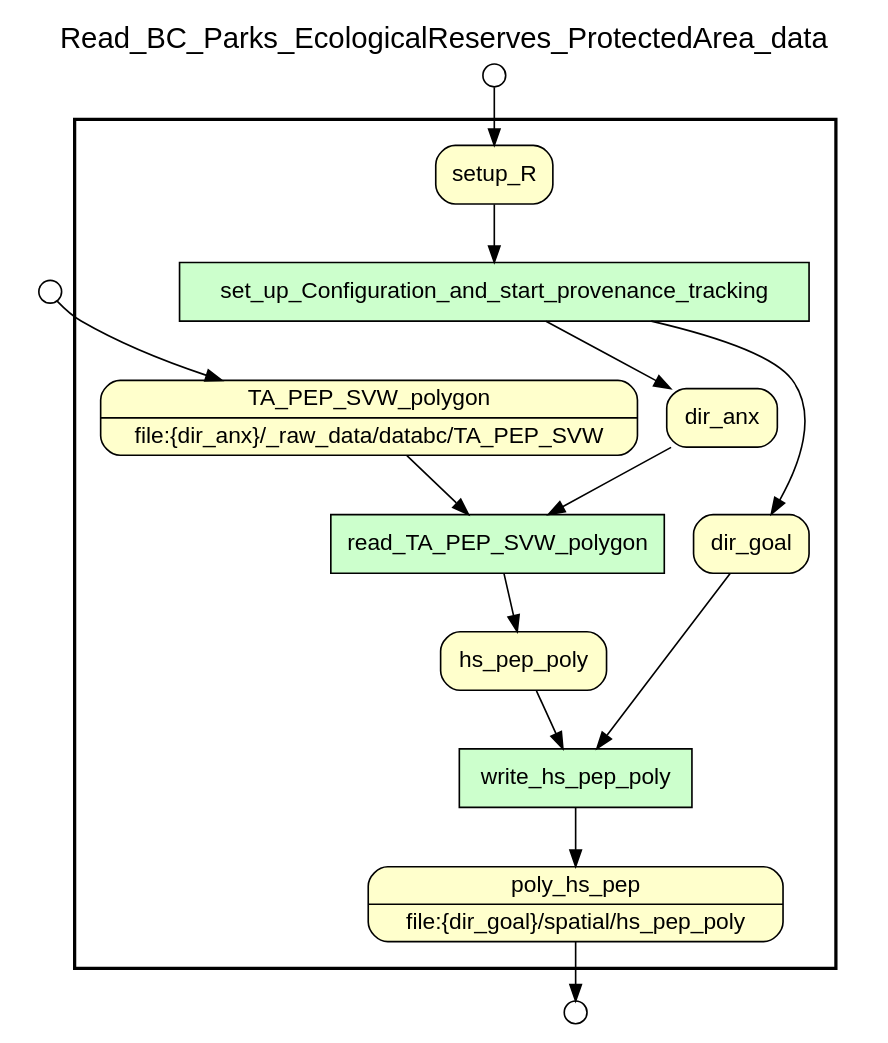
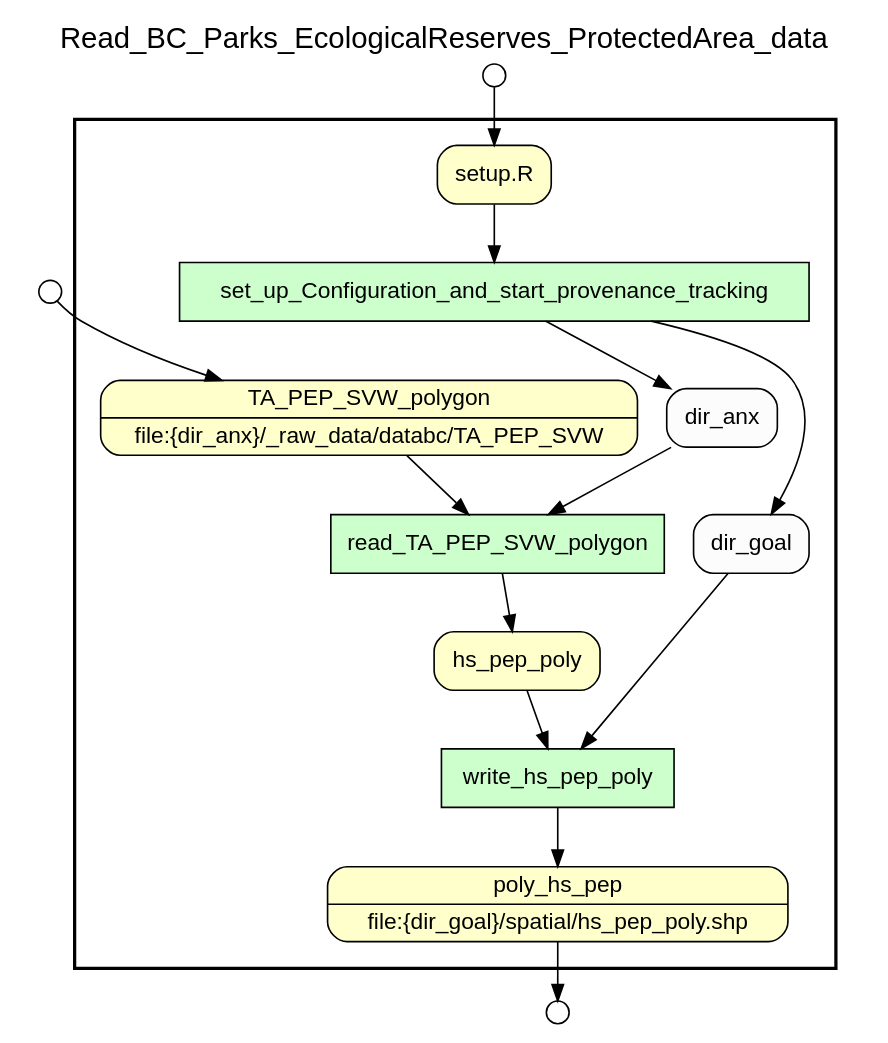
One commit to sycao5/runManager-multipleRuns changed the diagram in examples/OHIBC_Howe_Sound/setup_BC_PEP_polygons.gv. Above: the diagram before and after it, drawn with Graphviz. The commit also changed other lines of this file and 11 other files, not shown here.

Commit message:
Improve the YW graphs

```diff
--- a/examples/OHIBC_Howe_Sound/setup_BC_PEP_polygons.gv
+++ b/examples/OHIBC_Howe_Sound/setup_BC_PEP_polygons.gv
@@ -1,73 +1,73 @@
 
 /* Start of top-level graph */
 digraph Workflow {
 rankdir=TB
 
 /* Title for graph */
 fontname=Helvetica; fontsize=18; labelloc=t
 label=Read_BC_Parks_EcologicalReserves_ProtectedArea_data
 
 /* Start of double cluster for drawing box around nodes in workflow */
 subgraph cluster_workflow_box_outer { label=""; color=black; penwidth=2
 subgraph cluster_workflow_box_inner { label=""; penwidth=0
 
 /* Style for nodes representing atomic programs in workflow */
 node[shape=box style=filled fillcolor="#CCFFCC" peripheries=1 fontname=Helvetica]
 
 /* Nodes representing atomic programs in workflow */
 set_up_Configuration_and_start_provenance_tracking
 read_TA_PEP_SVW_polygon
 write_hs_pep_poly
 
 /* Style for nodes representing non-parameter data channels in workflow */
 node[shape=box style="rounded,filled" fillcolor="#FFFFCC" peripheries=1 fontname=Helvetica]
 
 /* Nodes for non-parameter data channels in workflow */
-poly_hs_pep [shape=record rankdir=LR label="{<f0> poly_hs_pep |<f1> file\:\{dir_goal\}/spatial/hs_pep_poly}"];
-setup_R
-dir_anx
+poly_hs_pep [shape=record rankdir=LR label="{<f0> poly_hs_pep |<f1> file\:\{dir_goal\}/spatial/hs_pep_poly.shp}"];
+"setup.R"
 TA_PEP_SVW_polygon [shape=record rankdir=LR label="{<f0> TA_PEP_SVW_polygon |<f1> file\:\{dir_anx\}/_raw_data/databc/TA_PEP_SVW}"];
 hs_pep_poly
-dir_goal
 
 /* Style for nodes representing parameter channels in workflow */
 node[shape=box style="rounded,filled" fillcolor="#FCFCFC" peripheries=1 fontname=Helvetica]
 
 /* Nodes representing parameter channels in workflow */
+dir_anx
+dir_goal
 
 /* Edges representing connections between programs and channels */
 set_up_Configuration_and_start_provenance_tracking -> dir_anx
 set_up_Configuration_and_start_provenance_tracking -> dir_goal
-setup_R -> set_up_Configuration_and_start_provenance_tracking
+"setup.R" -> set_up_Configuration_and_start_provenance_tracking
 read_TA_PEP_SVW_polygon -> hs_pep_poly
 dir_anx -> read_TA_PEP_SVW_polygon
 TA_PEP_SVW_polygon -> read_TA_PEP_SVW_polygon
 write_hs_pep_poly -> poly_hs_pep
 hs_pep_poly -> write_hs_pep_poly
 dir_goal -> write_hs_pep_poly
 
 /* End of double cluster for drawing box around nodes in workflow */
 }}
 
 /* Style for nodes representing workflow input ports */
 node[shape=circle style="rounded,filled" fillcolor="#FFFFFF" peripheries=1 fontname=Helvetica width=0.2]
 
 /* Nodes representing workflow input ports */
 TA_PEP_SVW_polygon_input_port [label=""]
-setup_R_input_port [label=""]
+"setup.R_input_port" [label=""]
 
 /* Style for nodes representing workflow output ports */
 node[shape=circle style="rounded,filled" fillcolor="#FFFFFF" peripheries=1 fontname=Helvetica width=0.2]
 
 /* Nodes representing workflow output ports */
 poly_hs_pep_output_port [label=""]
 
 /* Edges from input ports to channels */
 TA_PEP_SVW_polygon_input_port -> TA_PEP_SVW_polygon
-setup_R_input_port -> setup_R
+"setup.R_input_port" -> "setup.R"
 
 /* Edges from channels to output ports */
 poly_hs_pep -> poly_hs_pep_output_port
 
 /* End of top-level graph */
 }
```
